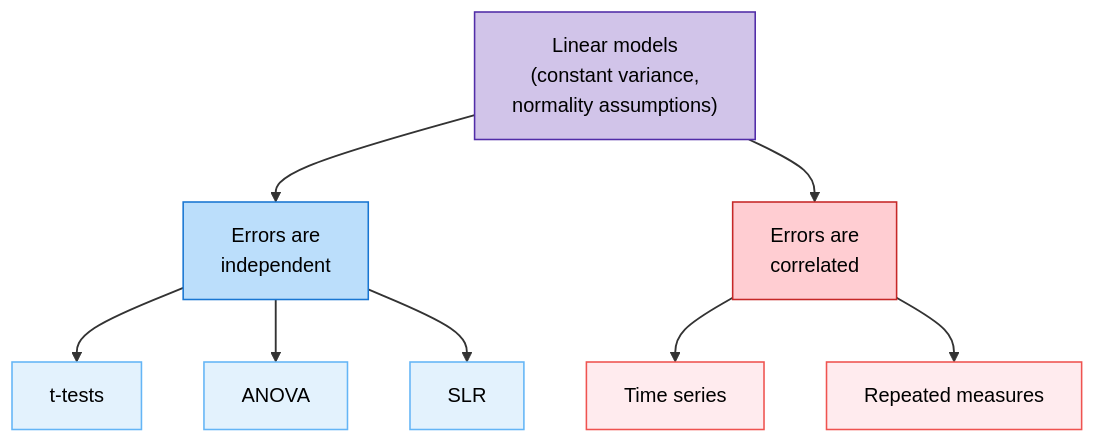
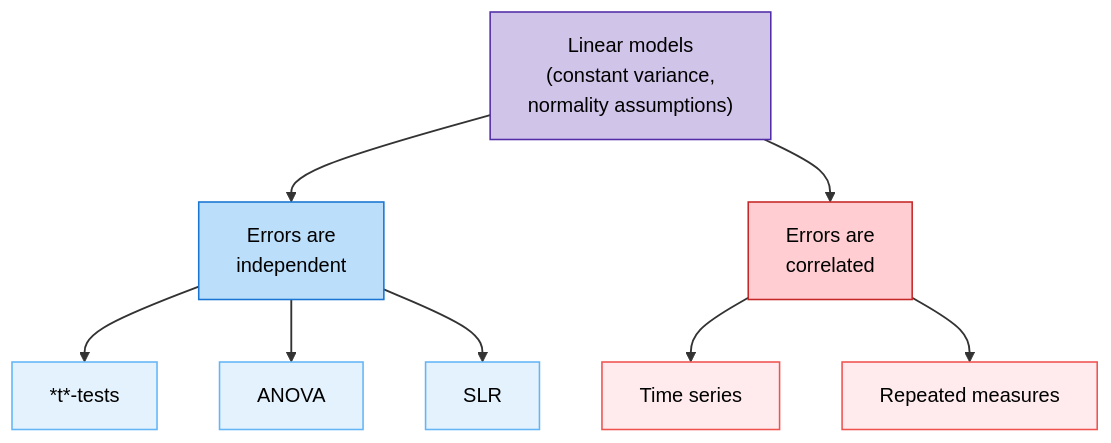
Before and after one commit to kdhenderson/stats-notes-for-ds: the diagram in applied-chapter06.qmd, drawn with Mermaid. The commit also changed other lines of this file and 7 other files, not shown here.

````diff
--- a/applied-chapter06.qmd
+++ b/applied-chapter06.qmd
@@ -20,27 +20,27 @@
 ```{mermaid}
 
 flowchart TD
   A["Linear models<br>(constant variance,<br>normality assumptions)"] --> B["Errors are<br>independent"]
-  B --> D["t-tests"]
+  B --> D["*t*-tests"]
   B --> E["ANOVA"]
   B --> F["SLR"]
   A --> C["Errors are<br>correlated"]
   C --> G["Time series"]
   C --> H["Repeated measures"]
 
   %% Arrow styling
   linkStyle default stroke:#333,stroke-width:1.5px;
 
   %% Node styling
   style A fill:#d1c4e9,stroke:#512da8,stroke-width:1.25px,color:#000
   style B fill:#bbdefb,stroke:#1976d2,stroke-width:1.25px,color:#000
   style C fill:#ffcdd2,stroke:#c62828,stroke-width:1.25px,color:#000
 
   style D fill:#e3f2fd,stroke:#64b5f6,stroke-width:1.25px,color:#000
   style E fill:#e3f2fd,stroke:#64b5f6,stroke-width:1.25px,color:#000
   style F fill:#e3f2fd,stroke:#64b5f6,stroke-width:1.25px,color:#000
 
   style G fill:#ffebee,stroke:#ef5350,stroke-width:1.25px,color:#000
   style H fill:#ffebee,stroke:#ef5350,stroke-width:1.25px,color:#000
 
 ```
````
